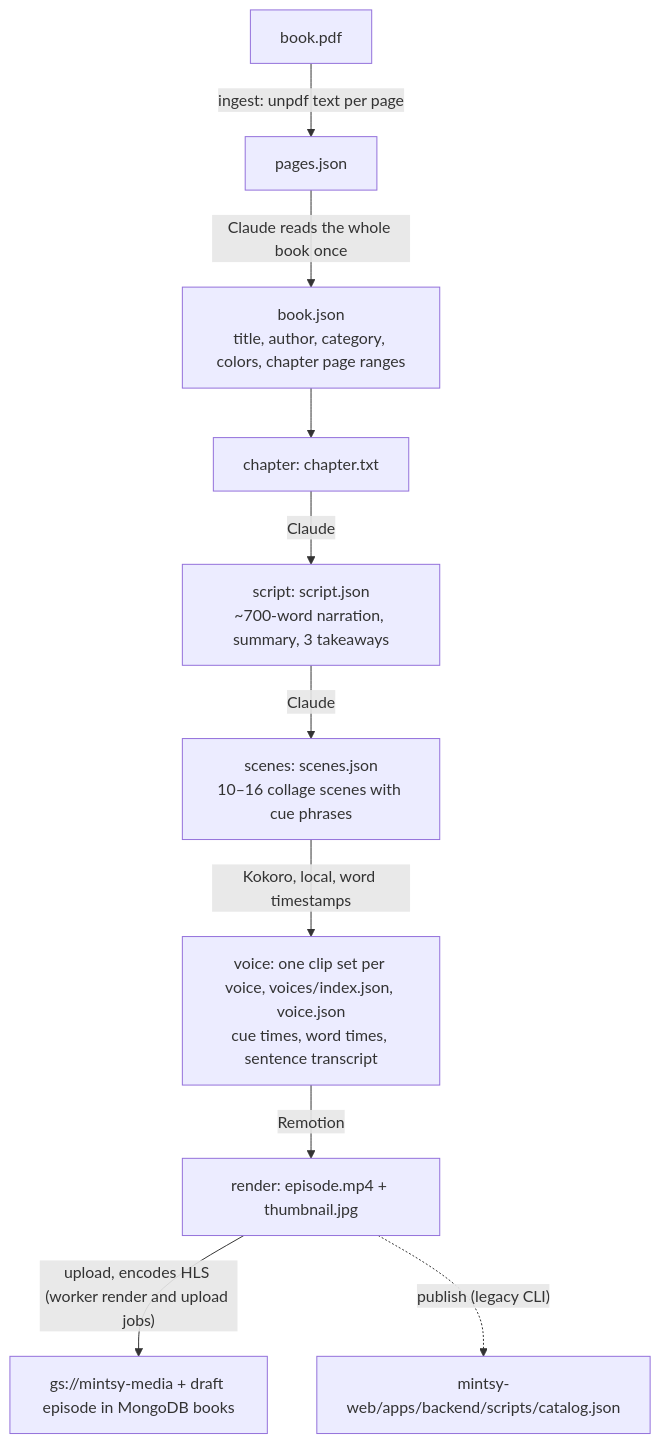
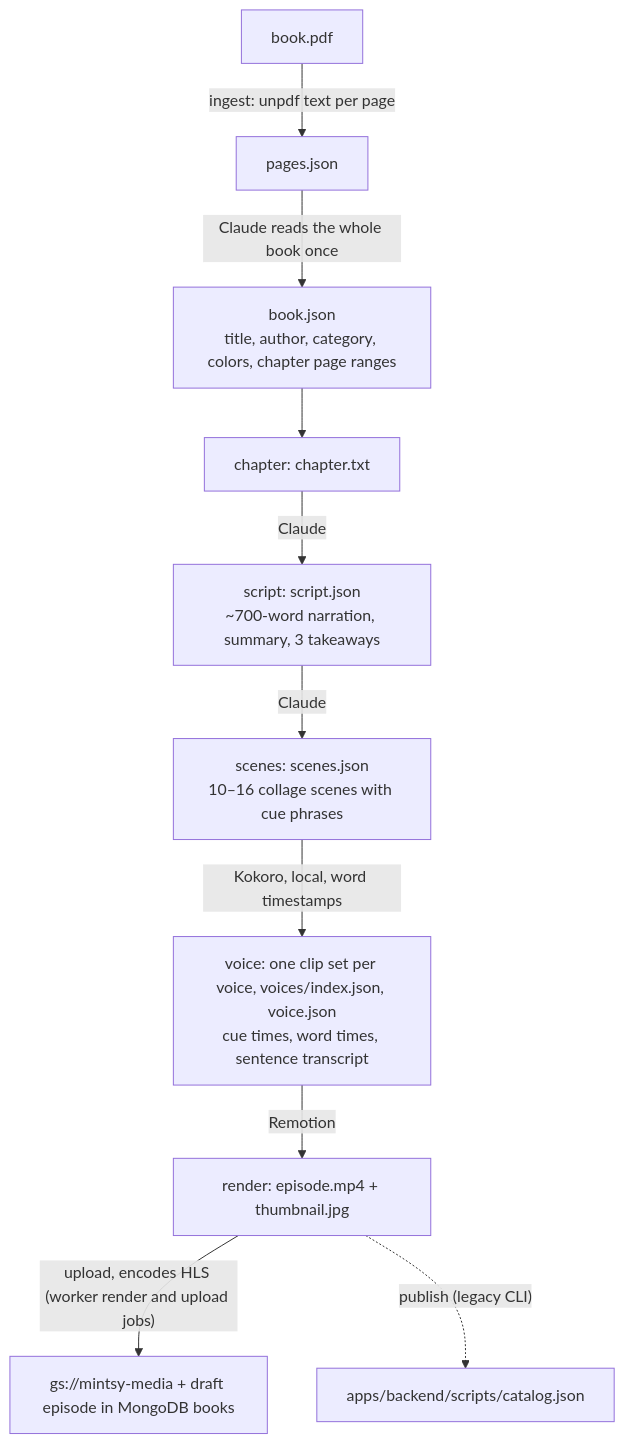
The first of 2 diagrams in apps/docs/services/studio.md (castroaillc/mintsy-web), drawn with Mermaid before and after one commit. The commit also changed other lines of this file and 36 other files, not shown here.

````diff
--- a/apps/docs/services/studio.md
+++ b/apps/docs/services/studio.md
@@ -7,12 +9,12 @@
 ```mermaid
 flowchart TD
   PDF[book.pdf] -->|ingest: unpdf text per page| Pages[pages.json]
   Pages -->|Claude reads the whole book once| Book["book.json<br/>title, author, category, colors, chapter page ranges"]
   Book --> Ch["chapter: chapter.txt"]
   Ch -->|Claude| Script["script: script.json<br/>~700-word narration, summary, 3 takeaways"]
   Script -->|Claude| Scenes["scenes: scenes.json<br/>10–16 collage scenes with cue phrases"]
   Scenes -->|Kokoro, local, word timestamps| Voice["voice: one clip set per voice, voices/index.json, voice.json<br/>cue times, word times, sentence transcript"]
   Voice -->|Remotion| Render["render: episode.mp4 + thumbnail.jpg"]
   Render -->|"upload, encodes HLS (worker render and upload jobs)"| Out["gs://mintsy-media + draft episode in MongoDB books"]
-  Render -.->|"publish (legacy CLI)"| Legacy["mintsy-web/apps/backend/scripts/catalog.json"]
+  Render -.->|"publish (legacy CLI)"| Legacy["apps/backend/scripts/catalog.json"]
 ```
````
